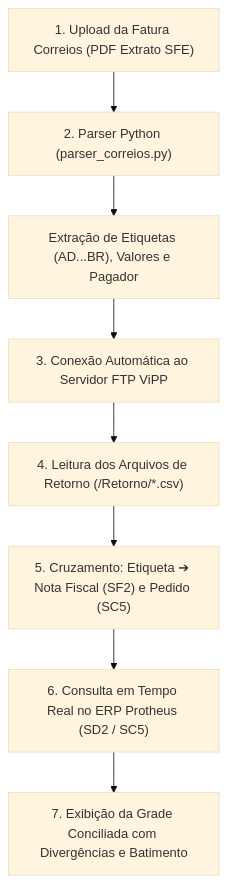
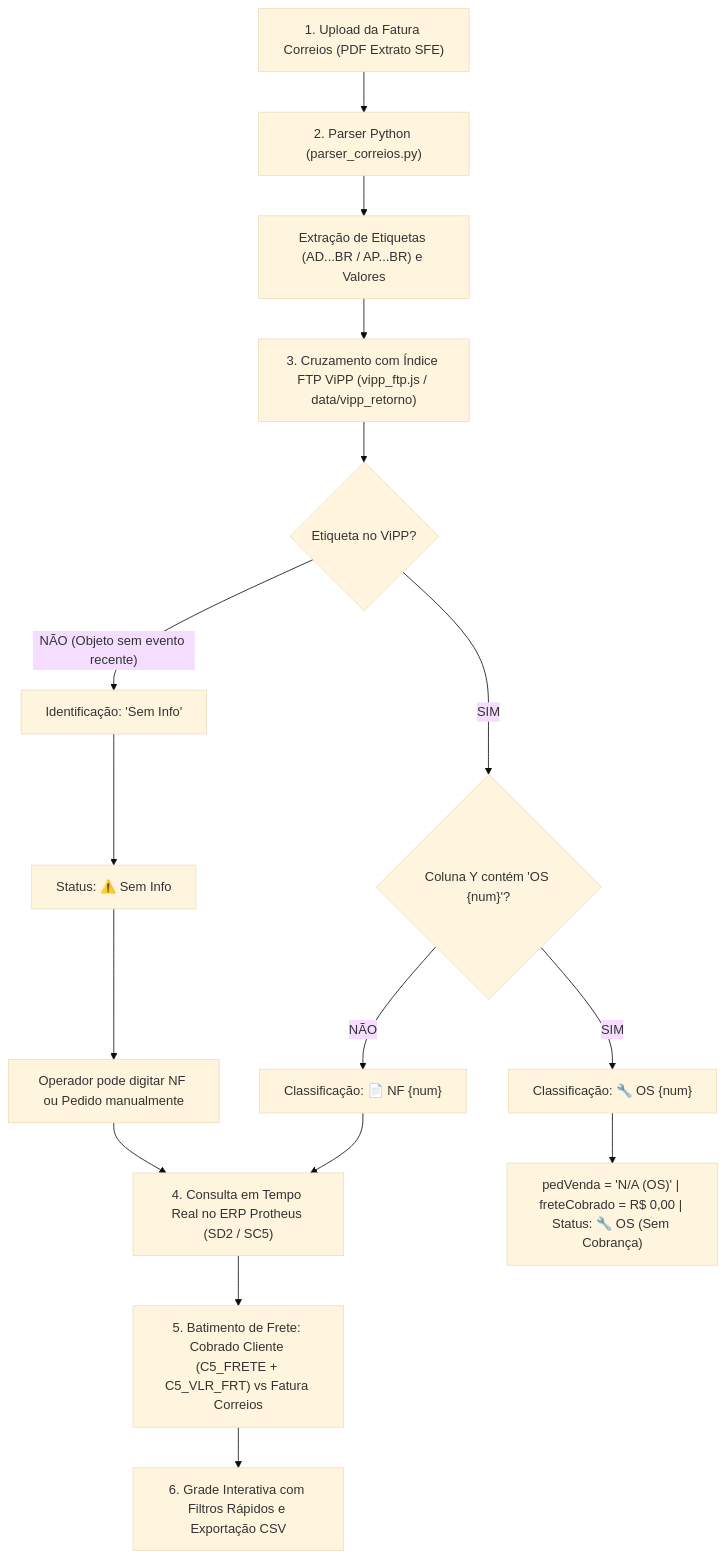
Before and after one commit to cofresgoldsafe/conciliacao-fretes: the diagram in DOCUMENTO_CHECKPOINT_ABA2_CORREIOS.md, drawn with Mermaid (base theme). The commit also changed other lines of this file and 17 other files, not shown here.

Commit message:
feat(correios): integracao FTP ViPP, deteccao OS vs NF, tratamento Sem Info e busca Protheus

````diff
--- a/DOCUMENTO_CHECKPOINT_ABA2_CORREIOS.md
+++ b/DOCUMENTO_CHECKPOINT_ABA2_CORREIOS.md
@@ -14,10 +14,24 @@
 ```mermaid
 flowchart TD
     A["1. Upload da Fatura Correios (PDF Extrato SFE)"] --> B["2. Parser Python (parser_correios.py)"]
-    B --> C["Extração de Etiquetas (AD...BR), Valores e Pagador"]
-    C --> D["3. Conexão Automática ao Servidor FTP ViPP"]
-    D --> E["4. Leitura dos Arquivos de Retorno (/Retorno/*.csv)"]
-    E --> F["5. Cruzamento: Etiqueta ➔ Nota Fiscal (SF2) e Pedido (SC5)"]
-    F --> G["6. Consulta em Tempo Real no ERP Protheus (SD2 / SC5)"]
-    G --> H["7. Exibição da Grade Conciliada com Divergências e Batimento"]
+    B --> C["Extração de Etiquetas (AD...BR / AP...BR) e Valores"]
+    C --> D["3. Cruzamento com Índice FTP ViPP (vipp_ftp.js / data/vipp_retorno)"]
+    
+    D --> E{"Etiqueta no ViPP?"}
+    
+    E -- "NÃO (Objeto sem evento recente)" --> F["Identificação: 'Sem Info'"]
+    F --> F1["Status: ⚠️ Sem Info"]
+    F1 --> F2["Operador pode digitar NF ou Pedido manualmente"]
+    F2 --> G["4. Consulta em Tempo Real no ERP Protheus (SD2 / SC5)"]
+    
+    E -- "SIM" --> H{"Coluna Y contém 'OS {num}'?"}
+    
+    H -- "SIM" --> I["Classificação: 🔧 OS {num}"]
+    I --> I1["pedVenda = 'N/A (OS)' | freteCobrado = R$ 0,00 | Status: 🔧 OS (Sem Cobrança)"]
+    
+    H -- "NÃO" --> J["Classificação: 📄 NF {num}"]
+    J --> G
+    
+    G --> K["5. Batimento de Frete: Cobrado Cliente (C5_FRETE + C5_VLR_FRT) vs Fatura Correios"]
+    K --> L["6. Grade Interativa com Filtros Rápidos e Exportação CSV"]
 ```
````
